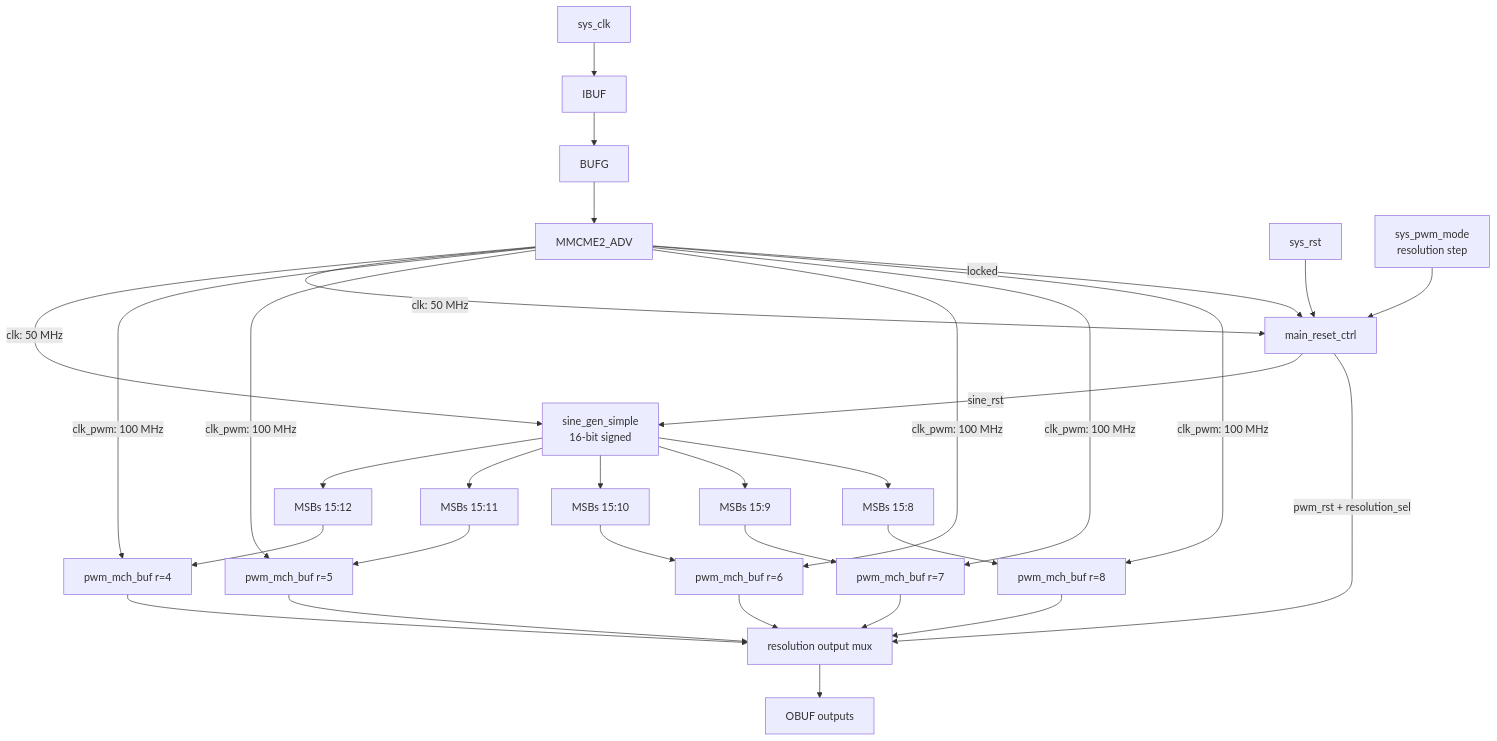
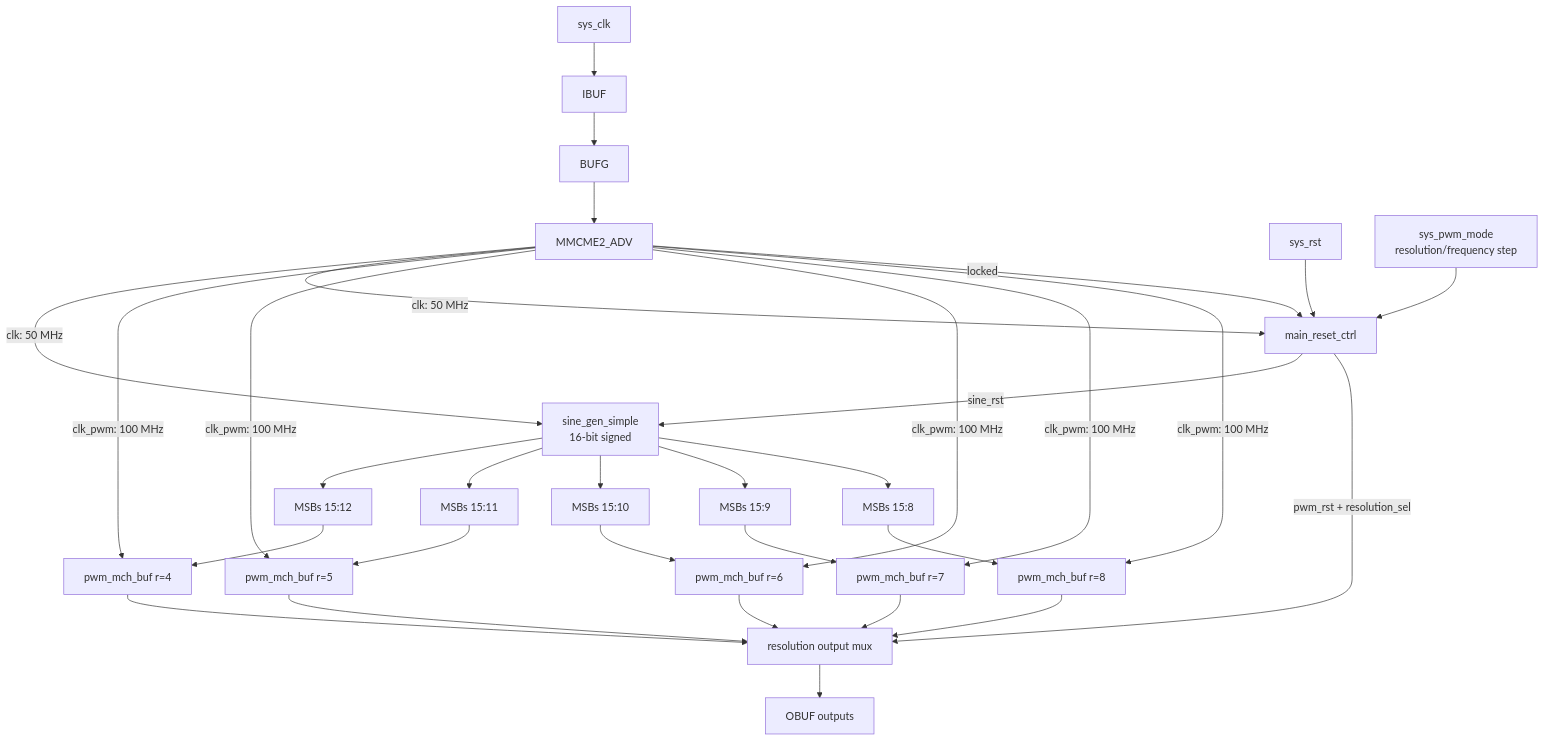
One commit to ekazakov1507/pwm_demo changed the diagram in docs/src/main.md. Above: the diagram before and after it, drawn with Mermaid. The commit also changed other lines of this file and 8 other files, not shown here.

Commit message:
Add button-controlled PWM resolution switching

````diff
--- a/docs/src/main.md
+++ b/docs/src/main.md
@@ -11,30 +11,30 @@
 ```mermaid
 graph TB
     SYS_CLK[sys_clk] --> IBUF[IBUF] --> BUFG[BUFG] --> MMCM[MMCME2_ADV]
     MMCM -->|clk: 50 MHz| SINE[sine_gen_simple<br/>16-bit signed]
     MMCM -->|clk: 50 MHz| CTRL[main_reset_ctrl]
     MMCM -->|clk_pwm: 100 MHz| PWM4[pwm_mch_buf r=4]
     MMCM -->|clk_pwm: 100 MHz| PWM5[pwm_mch_buf r=5]
     MMCM -->|clk_pwm: 100 MHz| PWM6[pwm_mch_buf r=6]
     MMCM -->|clk_pwm: 100 MHz| PWM7[pwm_mch_buf r=7]
     MMCM -->|clk_pwm: 100 MHz| PWM8[pwm_mch_buf r=8]
 
     SINE --> T4[MSBs 15:12] --> PWM4
     SINE --> T5[MSBs 15:11] --> PWM5
     SINE --> T6[MSBs 15:10] --> PWM6
     SINE --> T7[MSBs 15:9] --> PWM7
     SINE --> T8[MSBs 15:8] --> PWM8
 
     SYS_RST[sys_rst] --> CTRL
-    STEP[sys_pwm_mode<br/>resolution step] --> CTRL
+    STEP[sys_pwm_mode<br/>resolution/frequency step] --> CTRL
     MMCM -->|locked| CTRL
     CTRL -->|sine_rst| SINE
     CTRL -->|pwm_rst + resolution_sel| MUX[resolution output mux]
 
     PWM4 --> MUX
     PWM5 --> MUX
     PWM6 --> MUX
     PWM7 --> MUX
     PWM8 --> MUX
     MUX --> OBUF[OBUF outputs]
 ```
````
